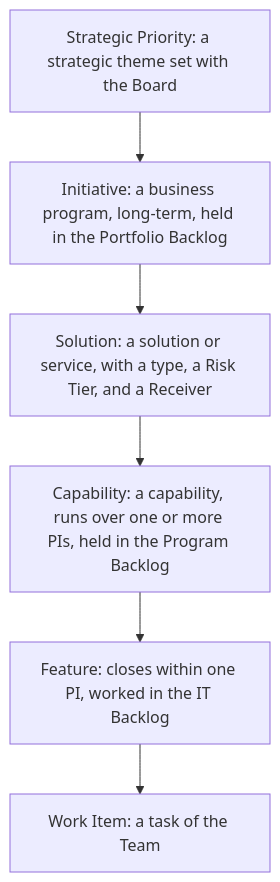
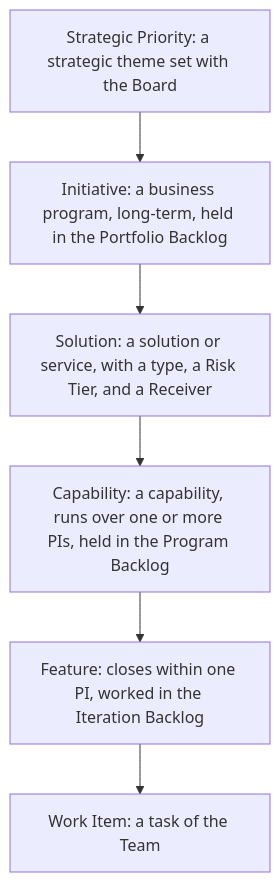
The first of 3 diagrams in charter/workflows/service-delivery.md (devhogu/ob-aicc), drawn with Mermaid before and after one commit. The commit also changed other lines of this file and 63 other files, not shown here.

````diff
--- a/charter/workflows/service-delivery.md
+++ b/charter/workflows/service-delivery.md
@@ -17,8 +17,8 @@
 ```mermaid
 flowchart TB
   T["Strategic Priority: a strategic theme set with the Board"] --> I["Initiative: a business program, long-term, held in the Portfolio Backlog"]
   I --> S["Solution: a solution or service, with a type, a Risk Tier, and a Receiver"]
   S --> E["Capability: a capability, runs over one or more PIs, held in the Program Backlog"]
-  E --> F["Feature: closes within one PI, worked in the IT Backlog"]
+  E --> F["Feature: closes within one PI, worked in the Iteration Backlog"]
   F --> W["Work Item: a task of the Team"]
 ```
````
